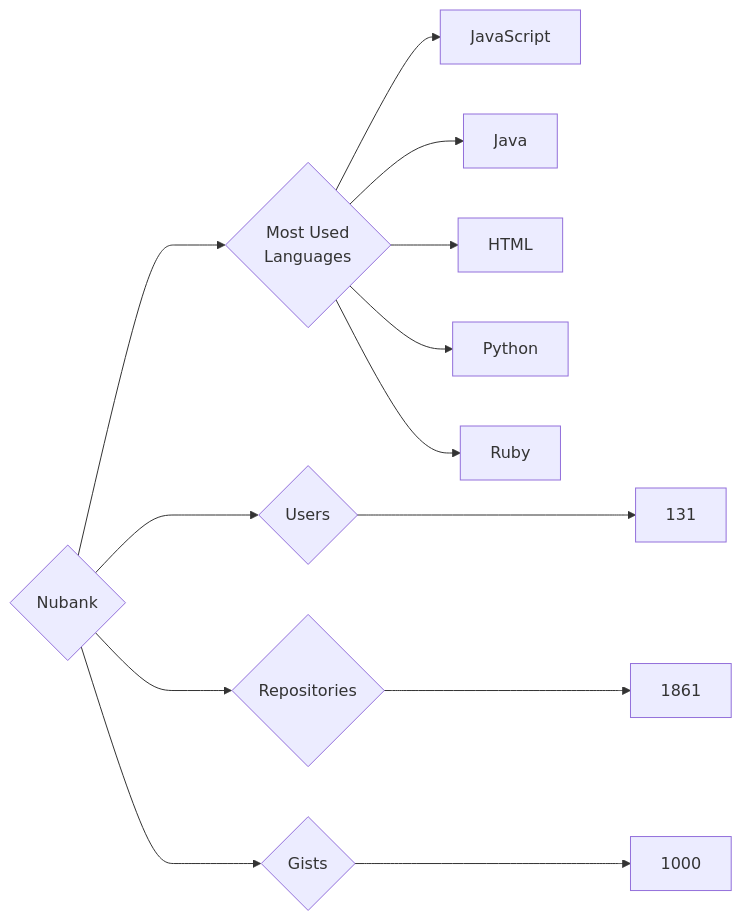
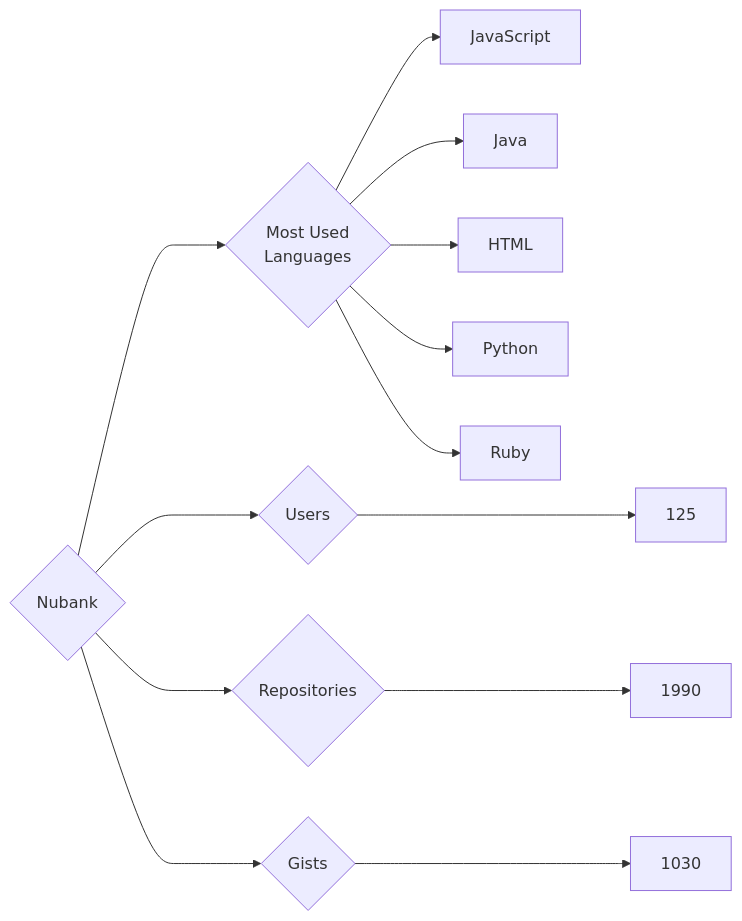
One commit to trickest/insiders changed the diagram in targets/Nubank/README.md. Above: the diagram before and after it, drawn with Mermaid. The commit also changed 972 other files, not shown here.

````diff
--- a/targets/Nubank/README.md
+++ b/targets/Nubank/README.md
@@ -3,13 +3,13 @@
 ```mermaid
 graph LR
 COMPANY_NAME{Nubank}
-COMPANY_NAME ---> U{Users} ---> UN[131]
-COMPANY_NAME ---> R{Repositories} ---> RN[1861]
-COMPANY_NAME ---> G{Gists} ---> GN[1000]
+COMPANY_NAME ---> U{Users} ---> UN[125]
+COMPANY_NAME ---> R{Repositories} ---> RN[1990]
+COMPANY_NAME ---> G{Gists} ---> GN[1030]
 COMPANY_NAME ---> ML{Most Used<br>Languages}
 ML --> JavaScript[JavaScript]
 ML --> Java[Java]
 ML --> HTML[HTML]
 ML --> Python[Python]
 ML --> Ruby[Ruby]
 ```
````
